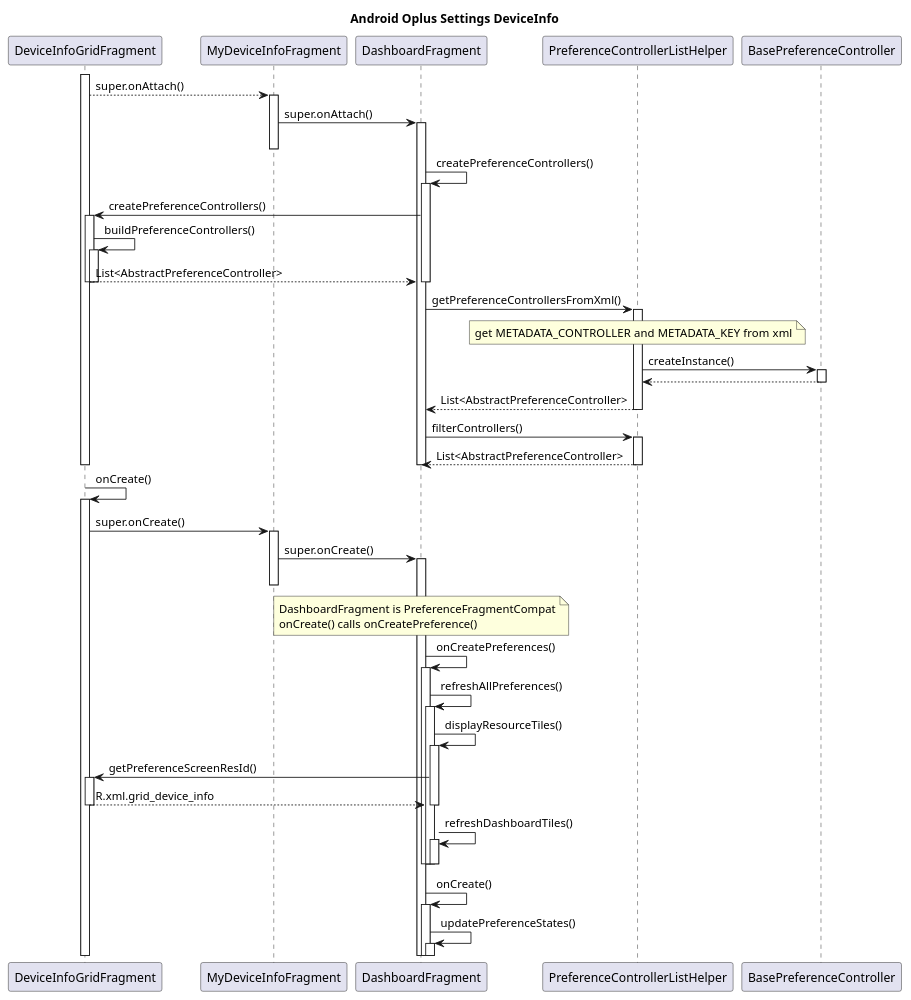
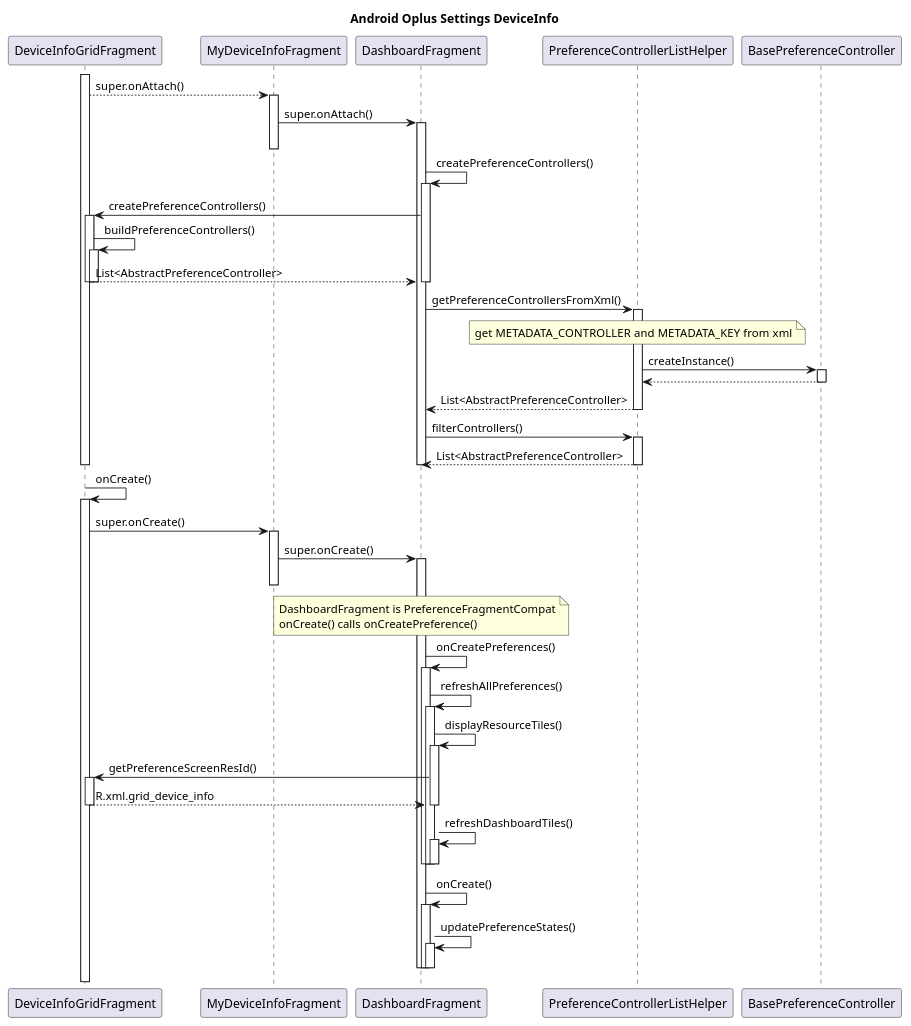
Before and after one commit to ShangjinTang/PlantUML: the diagram in Android Phone/Android UI/Android Settings/Android Oplus Settings DeviceInfo.wsd, drawn with PlantUML. The commit also changed 1 other file, not shown here.

```diff
--- a/Android Phone/Android UI/Android Settings/Android Oplus Settings DeviceInfo.wsd
+++ b/Android Phone/Android UI/Android Settings/Android Oplus Settings DeviceInfo.wsd
@@ -1,50 +1,53 @@
 @startuml
 title Android Oplus Settings DeviceInfo
 
 DeviceInfoGridFragment ++
 DeviceInfoGridFragment --> MyDeviceInfoFragment ++: super.onAttach()
 MyDeviceInfoFragment -> DashboardFragment ++: super.onAttach()
 MyDeviceInfoFragment --
 
 DashboardFragment -> DashboardFragment ++: createPreferenceControllers()
 DashboardFragment -> DeviceInfoGridFragment ++: createPreferenceControllers()
 DeviceInfoGridFragment -> DeviceInfoGridFragment ++: buildPreferenceControllers()
 DeviceInfoGridFragment --> DashboardFragment --: List<AbstractPreferenceController>
 DeviceInfoGridFragment --
 DashboardFragment --
 
 DashboardFragment -> PreferenceControllerListHelper ++: getPreferenceControllersFromXml()
   note over PreferenceControllerListHelper: get METADATA_CONTROLLER and METADATA_KEY from xml
   PreferenceControllerListHelper -> BasePreferenceController ++: createInstance()
   BasePreferenceController --> PreferenceControllerListHelper --
 PreferenceControllerListHelper --> DashboardFragment --: List<AbstractPreferenceController>
 
 DashboardFragment -> PreferenceControllerListHelper ++: filterControllers()
 PreferenceControllerListHelper --> DashboardFragment --: List<AbstractPreferenceController>
 
 DashboardFragment --
 DeviceInfoGridFragment --
 
 
 DeviceInfoGridFragment -> DeviceInfoGridFragment ++: onCreate()
 DeviceInfoGridFragment -> MyDeviceInfoFragment ++: super.onCreate()
 MyDeviceInfoFragment -> DashboardFragment ++: super.onCreate()
 MyDeviceInfoFragment --
 
 note over DashboardFragment: DashboardFragment is PreferenceFragmentCompat\nonCreate() calls onCreatePreference()
 DashboardFragment -> DashboardFragment ++: onCreatePreferences()
 DashboardFragment -> DashboardFragment ++: refreshAllPreferences()
 DashboardFragment -> DashboardFragment ++: displayResourceTiles()
 DashboardFragment -> DeviceInfoGridFragment ++: getPreferenceScreenResId()
 DeviceInfoGridFragment --> DashboardFragment --: R.xml.grid_device_info
 
 DashboardFragment --
 DashboardFragment -> DashboardFragment ++: refreshDashboardTiles()
 DashboardFragment --
 DashboardFragment --
 DashboardFragment --
 
 DashboardFragment -> DashboardFragment ++: onCreate()
 DashboardFragment -> DashboardFragment ++: updatePreferenceStates()
+DashboardFragment --
+DashboardFragment --
+DashboardFragment --
 
 @enduml
```
